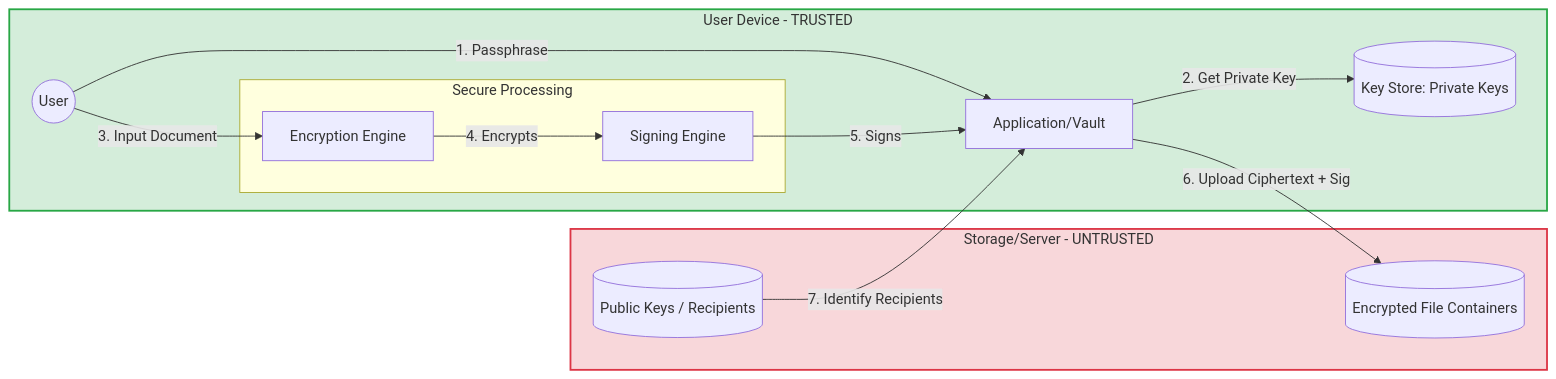
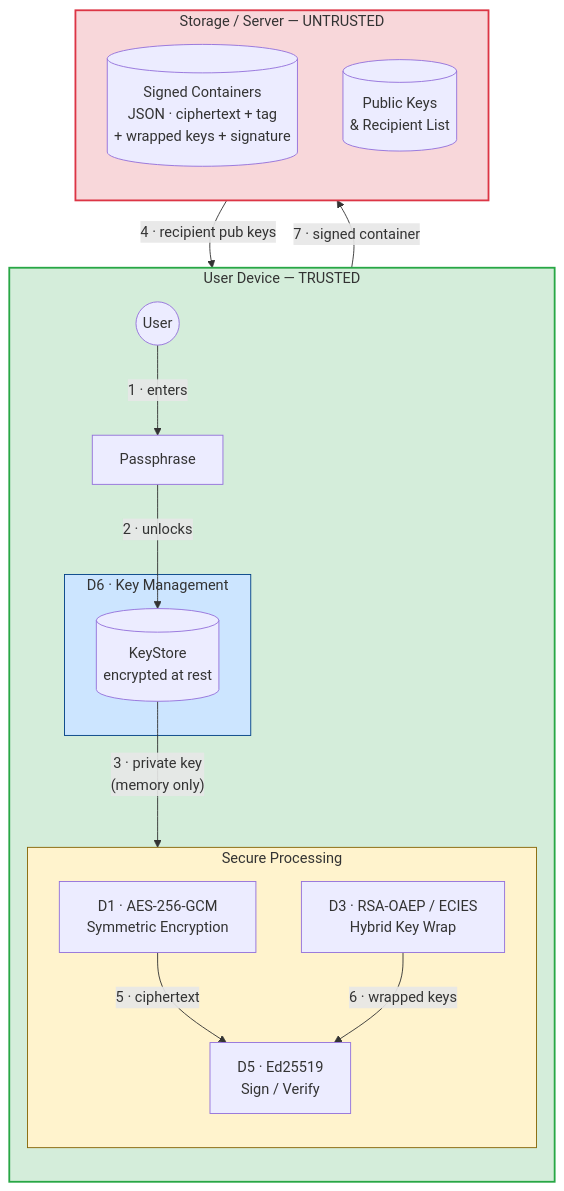
The first of 2 diagrams in README.md (JuanpaZurita11/SecurityVaultCryptography), drawn with Mermaid before and after one commit. The commit also changed other lines of this file, not shown here.

````diff
--- a/README.md
+++ b/README.md
@@ -27,33 +34,37 @@
 ```mermaid
-graph LR
-    subgraph User_Device [User Device - TRUSTED]
+graph TB
+    subgraph Device["User Device — TRUSTED"]
+        direction TB
         User((User))
-        App[Application/Vault]
-        KStore[(Key Store: Private Keys)]
+        Pass["Passphrase"]
 
-        subgraph Crypto_Ops [Secure Processing]
-            Enc[Encryption Engine]
-            Sign[Signing Engine]
+        subgraph KM["D6 · Key Management"]
+            KStore[("KeyStore\nencrypted at rest")]
+        end
+
+        subgraph Crypto["Secure Processing"]
+            D1["D1 · AES-256-GCM\nSymmetric Encryption"]
+            D3["D3 · RSA-OAEP / ECIES\nHybrid Key Wrap"]
+            D5["D5 · Ed25519\nSign / Verify"]
         end
     end
 
-    subgraph Server_Storage [Storage/Server - UNTRUSTED]
-        PubKeys[(Public Keys / Recipients)]
-        VaultDB[(Encrypted File Containers)]
+    subgraph Storage["Storage / Server — UNTRUSTED"]
+        direction TB
+        Containers[("Signed Containers\nJSON · ciphertext + tag\n+ wrapped keys + signature")]
+        PubKeys[("Public Keys\n& Recipient List")]
     end
 
-    %% Data Flows
-    User -->|1. Passphrase| App
-    App -->|2. Get Private Key| KStore
-    User -->|3. Input Document| Enc
-    Enc -->|4. Encrypts| Sign
-    Sign -->|5. Signs| App
-    App -->|6. Upload Ciphertext + Sig| VaultDB
-    PubKeys -->|7. Identify Recipients| App
+    User -->|"1 · enters"| Pass
+    Pass -->|"2 · unlocks"| KStore
+    KStore -->|"3 · private key\n(memory only)"| Crypto
+    PubKeys -->|"4 · recipient pub keys"| D3
+    D1 -->|"5 · ciphertext"| D5
+    D3 -->|"6 · wrapped keys"| D5
+    D5 -->|"7 · signed container"| Containers
 
-    %% Styling
-    classDef trusted fill:#d4edda,stroke:#28a745,stroke-width:2px;
-    classDef untrusted fill:#f8d7da,stroke:#dc3545,stroke-width:2px;
-    class User_Device trusted;
-    class Server_Storage untrusted;
+    style Device fill:#d4edda,stroke:#28a745,stroke-width:2px
+    style Storage fill:#f8d7da,stroke:#dc3545,stroke-width:2px
+    style KM fill:#cce5ff,stroke:#004085,stroke-width:1px
+    style Crypto fill:#fff3cd,stroke:#856404,stroke-width:1px
 ```
````
